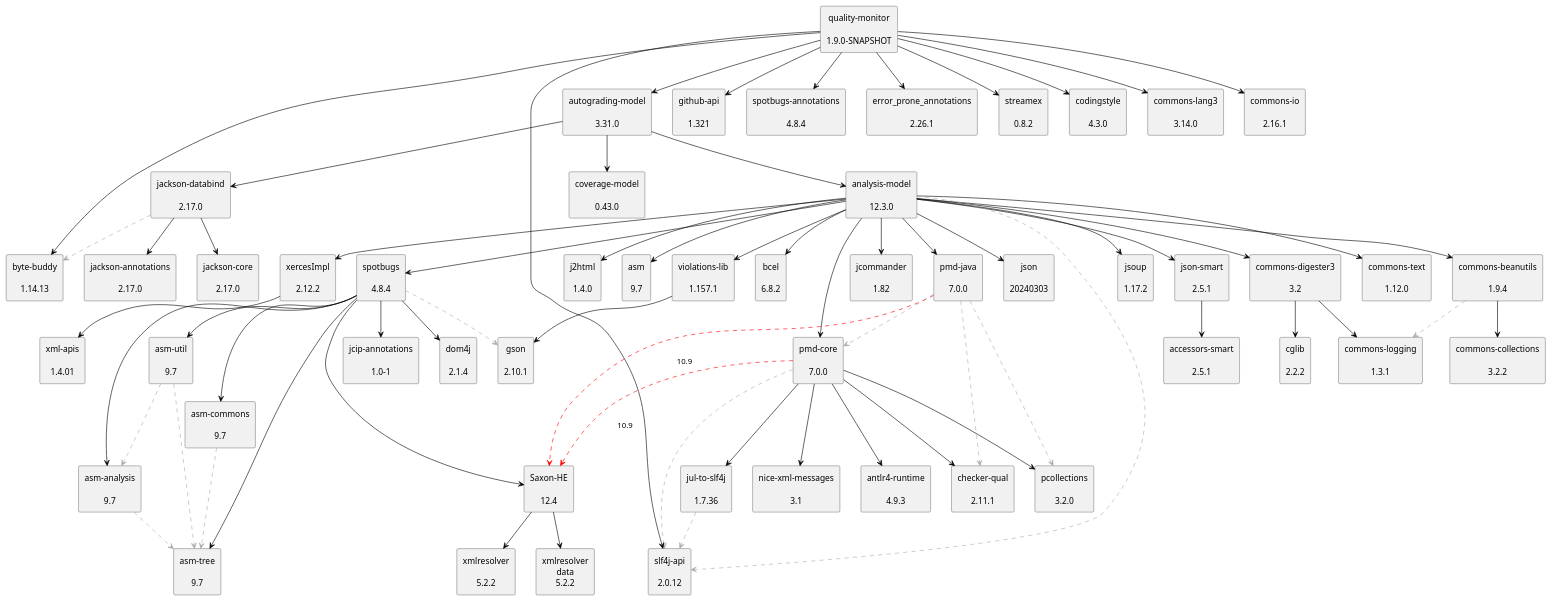
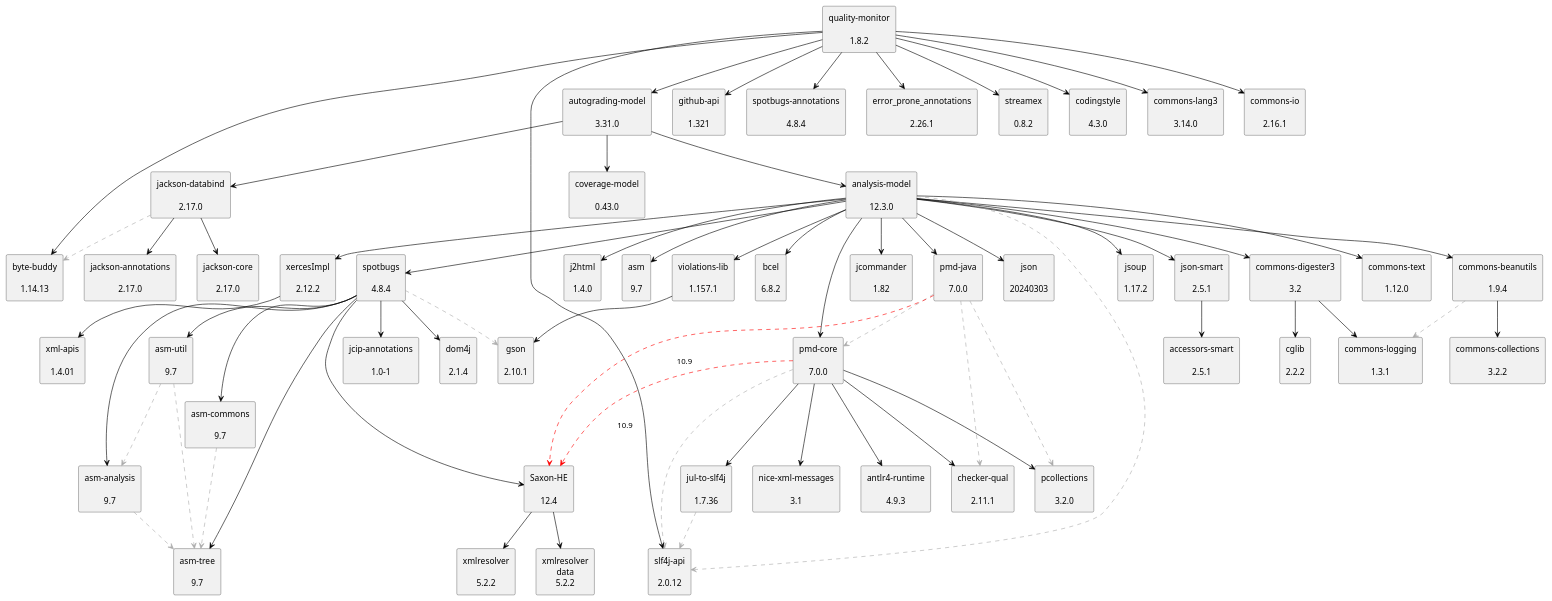
One commit to uhafner/quality-monitor changed the diagram in doc/dependency-graph.puml. Above: the diagram before and after it, drawn with PlantUML. The commit also changed 3 other files, not shown here.

```diff
--- a/doc/dependency-graph.puml
+++ b/doc/dependency-graph.puml
@@ -1,125 +1,125 @@
 @startuml
 skinparam defaultTextAlignment center
 skinparam rectangle {
   BackgroundColor<<optional>> beige
   BackgroundColor<<test>> lightGreen
   BackgroundColor<<runtime>> lightBlue
   BackgroundColor<<provided>> lightGray
 }
 rectangle "analysis-model\n\n12.3.0" as edu_hm_hafner_analysis_model_jar
 rectangle "jsoup\n\n1.17.2" as org_jsoup_jsoup_jar
 rectangle "commons-digester3\n\n3.2" as org_apache_commons_commons_digester3_jar
 rectangle "cglib\n\n2.2.2" as cglib_cglib_jar
 rectangle "commons-logging\n\n1.3.1" as commons_logging_commons_logging_jar
 rectangle "commons-beanutils\n\n1.9.4" as commons_beanutils_commons_beanutils_jar
 rectangle "commons-collections\n\n3.2.2" as commons_collections_commons_collections_jar
 rectangle "commons-text\n\n1.12.0" as org_apache_commons_commons_text_jar
 rectangle "violations-lib\n\n1.157.1" as se_bjurr_violations_violations_lib_jar
 rectangle "gson\n\n2.10.1" as com_google_code_gson_gson_jar
 rectangle "j2html\n\n1.4.0" as com_j2html_j2html_jar
 rectangle "xercesImpl\n\n2.12.2" as xerces_xercesImpl_jar
 rectangle "xml-apis\n\n1.4.01" as xml_apis_xml_apis_jar
 rectangle "asm\n\n9.7" as org_ow2_asm_asm_jar
 rectangle "asm-analysis\n\n9.7" as org_ow2_asm_asm_analysis_jar
 rectangle "asm-tree\n\n9.7" as org_ow2_asm_asm_tree_jar
 rectangle "spotbugs\n\n4.8.4" as com_github_spotbugs_spotbugs_jar
 rectangle "asm-commons\n\n9.7" as org_ow2_asm_asm_commons_jar
 rectangle "asm-util\n\n9.7" as org_ow2_asm_asm_util_jar
 rectangle "jcip-annotations\n\n1.0-1" as com_github_stephenc_jcip_jcip_annotations_jar
 rectangle "dom4j\n\n2.1.4" as org_dom4j_dom4j_jar
 rectangle "Saxon-HE\n\n12.4" as net_sf_saxon_Saxon_HE_jar
 rectangle "xmlresolver\n\n5.2.2" as org_xmlresolver_xmlresolver_jar
 rectangle "xmlresolver\ndata\n5.2.2" as org_xmlresolver_xmlresolver_jar_data
 rectangle "bcel\n\n6.8.2" as org_apache_bcel_bcel_jar
 rectangle "pmd-core\n\n7.0.0" as net_sourceforge_pmd_pmd_core_jar
 rectangle "slf4j-api\n\n2.0.12" as org_slf4j_slf4j_api_jar
 rectangle "jul-to-slf4j\n\n1.7.36" as org_slf4j_jul_to_slf4j_jar
 rectangle "antlr4-runtime\n\n4.9.3" as org_antlr_antlr4_runtime_jar
 rectangle "checker-qual\n\n2.11.1" as org_checkerframework_checker_qual_jar
 rectangle "pcollections\n\n3.2.0" as org_pcollections_pcollections_jar
 rectangle "nice-xml-messages\n\n3.1" as com_github_oowekyala_ooxml_nice_xml_messages_jar
 rectangle "jcommander\n\n1.82" as com_beust_jcommander_jar
 rectangle "pmd-java\n\n7.0.0" as net_sourceforge_pmd_pmd_java_jar
 rectangle "json\n\n20240303" as org_json_json_jar
 rectangle "json-smart\n\n2.5.1" as net_minidev_json_smart_jar
 rectangle "accessors-smart\n\n2.5.1" as net_minidev_accessors_smart_jar
 rectangle "autograding-model\n\n3.31.0" as edu_hm_hafner_autograding_model_jar
 rectangle "coverage-model\n\n0.43.0" as edu_hm_hafner_coverage_model_jar
 rectangle "jackson-databind\n\n2.17.0" as com_fasterxml_jackson_core_jackson_databind_jar
 rectangle "jackson-annotations\n\n2.17.0" as com_fasterxml_jackson_core_jackson_annotations_jar
 rectangle "jackson-core\n\n2.17.0" as com_fasterxml_jackson_core_jackson_core_jar
 rectangle "byte-buddy\n\n1.14.13" as net_bytebuddy_byte_buddy_jar
-rectangle "quality-monitor\n\n1.9.0-SNAPSHOT" as edu_hm_hafner_quality_monitor_jar
+rectangle "quality-monitor\n\n1.8.2" as edu_hm_hafner_quality_monitor_jar
 rectangle "github-api\n\n1.321" as org_kohsuke_github_api_jar
 rectangle "spotbugs-annotations\n\n4.8.4" as com_github_spotbugs_spotbugs_annotations_jar
 rectangle "error_prone_annotations\n\n2.26.1" as com_google_errorprone_error_prone_annotations_jar
 rectangle "streamex\n\n0.8.2" as one_util_streamex_jar
 rectangle "codingstyle\n\n4.3.0" as edu_hm_hafner_codingstyle_jar
 rectangle "commons-lang3\n\n3.14.0" as org_apache_commons_commons_lang3_jar
 rectangle "commons-io\n\n2.16.1" as commons_io_commons_io_jar
 edu_hm_hafner_analysis_model_jar -[#000000]-> org_jsoup_jsoup_jar
 org_apache_commons_commons_digester3_jar -[#000000]-> cglib_cglib_jar
 org_apache_commons_commons_digester3_jar -[#000000]-> commons_logging_commons_logging_jar
 edu_hm_hafner_analysis_model_jar -[#000000]-> org_apache_commons_commons_digester3_jar
 commons_beanutils_commons_beanutils_jar .[#ABABAB].> commons_logging_commons_logging_jar
 commons_beanutils_commons_beanutils_jar -[#000000]-> commons_collections_commons_collections_jar
 edu_hm_hafner_analysis_model_jar -[#000000]-> commons_beanutils_commons_beanutils_jar
 edu_hm_hafner_analysis_model_jar -[#000000]-> org_apache_commons_commons_text_jar
 se_bjurr_violations_violations_lib_jar -[#000000]-> com_google_code_gson_gson_jar
 edu_hm_hafner_analysis_model_jar -[#000000]-> se_bjurr_violations_violations_lib_jar
 edu_hm_hafner_analysis_model_jar -[#000000]-> com_j2html_j2html_jar
 xerces_xercesImpl_jar -[#000000]-> xml_apis_xml_apis_jar
 edu_hm_hafner_analysis_model_jar -[#000000]-> xerces_xercesImpl_jar
 edu_hm_hafner_analysis_model_jar -[#000000]-> org_ow2_asm_asm_jar
 org_ow2_asm_asm_analysis_jar .[#ABABAB].> org_ow2_asm_asm_tree_jar
 com_github_spotbugs_spotbugs_jar -[#000000]-> org_ow2_asm_asm_analysis_jar
 org_ow2_asm_asm_commons_jar .[#ABABAB].> org_ow2_asm_asm_tree_jar
 com_github_spotbugs_spotbugs_jar -[#000000]-> org_ow2_asm_asm_commons_jar
 com_github_spotbugs_spotbugs_jar -[#000000]-> org_ow2_asm_asm_tree_jar
 org_ow2_asm_asm_util_jar .[#ABABAB].> org_ow2_asm_asm_tree_jar
 org_ow2_asm_asm_util_jar .[#ABABAB].> org_ow2_asm_asm_analysis_jar
 com_github_spotbugs_spotbugs_jar -[#000000]-> org_ow2_asm_asm_util_jar
 com_github_spotbugs_spotbugs_jar -[#000000]-> com_github_stephenc_jcip_jcip_annotations_jar
 com_github_spotbugs_spotbugs_jar -[#000000]-> org_dom4j_dom4j_jar
 com_github_spotbugs_spotbugs_jar .[#ABABAB].> com_google_code_gson_gson_jar
 net_sf_saxon_Saxon_HE_jar -[#000000]-> org_xmlresolver_xmlresolver_jar
 net_sf_saxon_Saxon_HE_jar -[#000000]-> org_xmlresolver_xmlresolver_jar_data
 com_github_spotbugs_spotbugs_jar -[#000000]-> net_sf_saxon_Saxon_HE_jar
 edu_hm_hafner_analysis_model_jar -[#000000]-> com_github_spotbugs_spotbugs_jar
 edu_hm_hafner_analysis_model_jar -[#000000]-> org_apache_bcel_bcel_jar
 net_sourceforge_pmd_pmd_core_jar .[#ABABAB].> org_slf4j_slf4j_api_jar
 org_slf4j_jul_to_slf4j_jar .[#ABABAB].> org_slf4j_slf4j_api_jar
 net_sourceforge_pmd_pmd_core_jar -[#000000]-> org_slf4j_jul_to_slf4j_jar
 net_sourceforge_pmd_pmd_core_jar -[#000000]-> org_antlr_antlr4_runtime_jar
 net_sourceforge_pmd_pmd_core_jar .[#FF0000].> net_sf_saxon_Saxon_HE_jar: 10.9
 net_sourceforge_pmd_pmd_core_jar -[#000000]-> org_checkerframework_checker_qual_jar
 net_sourceforge_pmd_pmd_core_jar -[#000000]-> org_pcollections_pcollections_jar
 net_sourceforge_pmd_pmd_core_jar -[#000000]-> com_github_oowekyala_ooxml_nice_xml_messages_jar
 edu_hm_hafner_analysis_model_jar -[#000000]-> net_sourceforge_pmd_pmd_core_jar
 edu_hm_hafner_analysis_model_jar -[#000000]-> com_beust_jcommander_jar
 net_sourceforge_pmd_pmd_java_jar .[#ABABAB].> net_sourceforge_pmd_pmd_core_jar
 net_sourceforge_pmd_pmd_java_jar .[#ABABAB].> org_checkerframework_checker_qual_jar
 net_sourceforge_pmd_pmd_java_jar .[#FF0000].> net_sf_saxon_Saxon_HE_jar: 10.9
 net_sourceforge_pmd_pmd_java_jar .[#ABABAB].> org_pcollections_pcollections_jar
 edu_hm_hafner_analysis_model_jar -[#000000]-> net_sourceforge_pmd_pmd_java_jar
 edu_hm_hafner_analysis_model_jar -[#000000]-> org_json_json_jar
 net_minidev_json_smart_jar -[#000000]-> net_minidev_accessors_smart_jar
 edu_hm_hafner_analysis_model_jar -[#000000]-> net_minidev_json_smart_jar
 edu_hm_hafner_analysis_model_jar .[#ABABAB].> org_slf4j_slf4j_api_jar
 edu_hm_hafner_autograding_model_jar -[#000000]-> edu_hm_hafner_analysis_model_jar
 edu_hm_hafner_autograding_model_jar -[#000000]-> edu_hm_hafner_coverage_model_jar
 com_fasterxml_jackson_core_jackson_databind_jar -[#000000]-> com_fasterxml_jackson_core_jackson_annotations_jar
 com_fasterxml_jackson_core_jackson_databind_jar -[#000000]-> com_fasterxml_jackson_core_jackson_core_jar
 com_fasterxml_jackson_core_jackson_databind_jar .[#ABABAB].> net_bytebuddy_byte_buddy_jar
 edu_hm_hafner_autograding_model_jar -[#000000]-> com_fasterxml_jackson_core_jackson_databind_jar
 edu_hm_hafner_quality_monitor_jar -[#000000]-> edu_hm_hafner_autograding_model_jar
 edu_hm_hafner_quality_monitor_jar -[#000000]-> org_kohsuke_github_api_jar
 edu_hm_hafner_quality_monitor_jar -[#000000]-> org_slf4j_slf4j_api_jar
 edu_hm_hafner_quality_monitor_jar -[#000000]-> com_github_spotbugs_spotbugs_annotations_jar
 edu_hm_hafner_quality_monitor_jar -[#000000]-> com_google_errorprone_error_prone_annotations_jar
 edu_hm_hafner_quality_monitor_jar -[#000000]-> one_util_streamex_jar
 edu_hm_hafner_quality_monitor_jar -[#000000]-> edu_hm_hafner_codingstyle_jar
 edu_hm_hafner_quality_monitor_jar -[#000000]-> org_apache_commons_commons_lang3_jar
 edu_hm_hafner_quality_monitor_jar -[#000000]-> commons_io_commons_io_jar
 edu_hm_hafner_quality_monitor_jar -[#000000]-> net_bytebuddy_byte_buddy_jar
 @enduml
```
